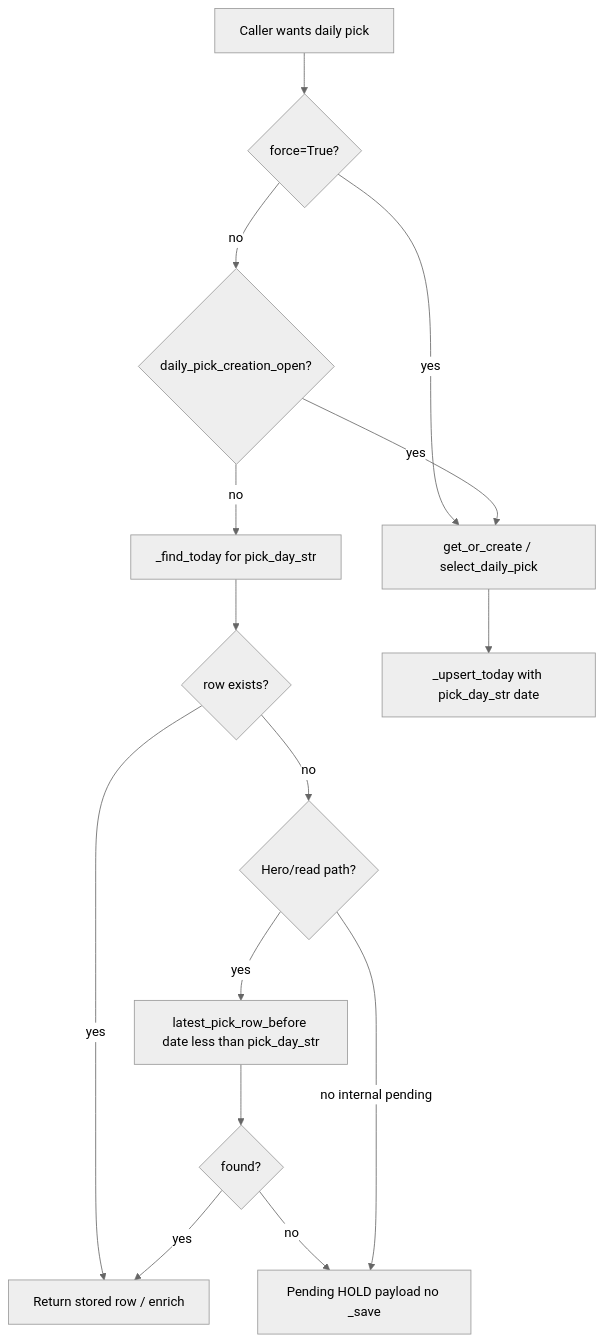
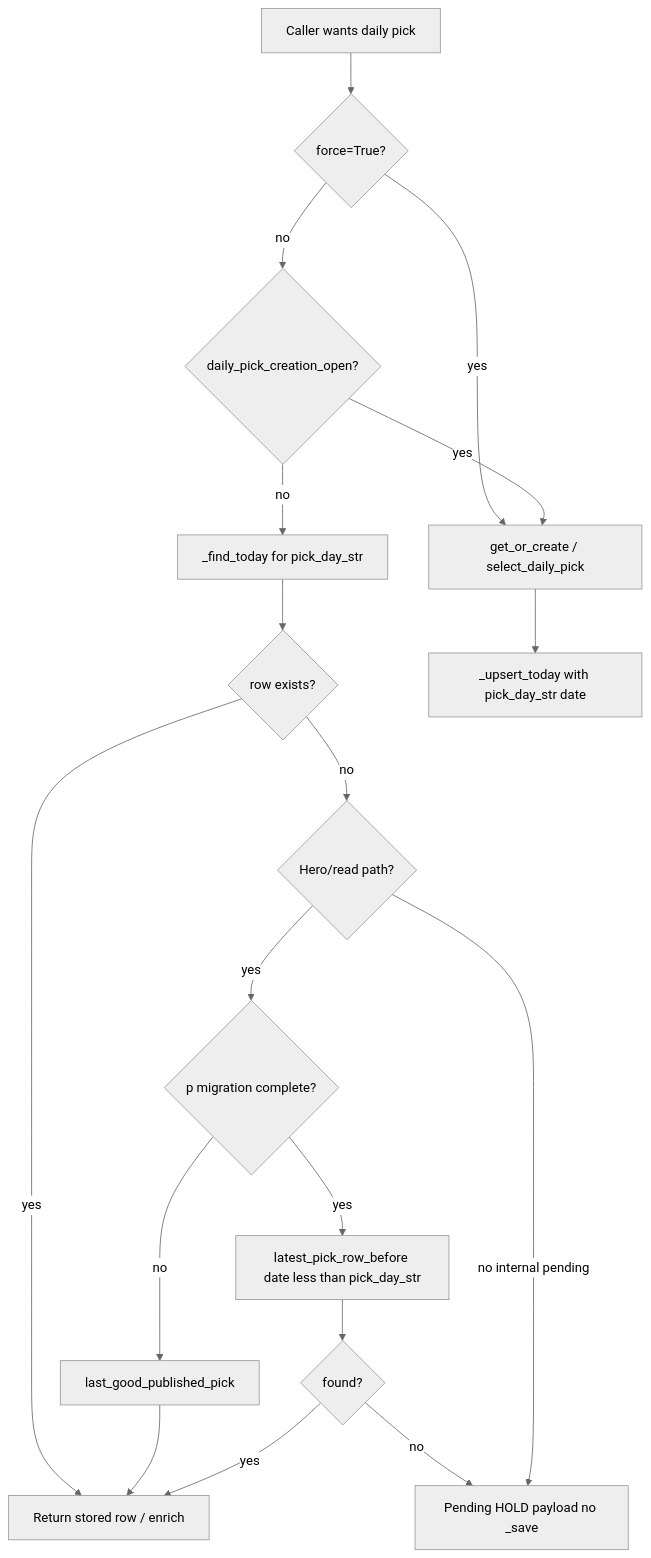
Before and after one commit to cryptoreporthub/subnet-dashboard: the first of 2 diagrams in docs/plans/daily-pick-morning.md, drawn with Mermaid (neutral theme). The commit also changed other lines of this file, not shown here.

First line of the commit message:
docs(plan): round 3 final daily-pick morning cutover guards

````diff
--- a/docs/plans/daily-pick-morning.md
+++ b/docs/plans/daily-pick-morning.md
@@ -206,17 +226,20 @@
 ```mermaid
 flowchart TD
   A[Caller wants daily pick] --> B{force=True?}
   B -->|yes| G[get_or_create / select_daily_pick]
   B -->|no| C{daily_pick_creation_open?}
   C -->|no| D[_find_today for pick_day_str]
   D --> E{row exists?}
   E -->|yes| F[Return stored row / enrich]
   E -->|no| P{Hero/read path?}
-  P -->|yes| Q[latest_pick_row_before date less than pick_day_str]
+  P -->|yes| M{p migration complete?}
+  M -->|no| L[last_good_published_pick]
+  L --> F
+  M -->|yes| Q[latest_pick_row_before date less than pick_day_str]
   Q --> R{found?}
   R -->|yes| F
   R -->|no| H[Pending HOLD payload no _save]
   P -->|no internal pending| H
   C -->|yes| G
   G --> I[_upsert_today with pick_day_str date]
 ```
````
